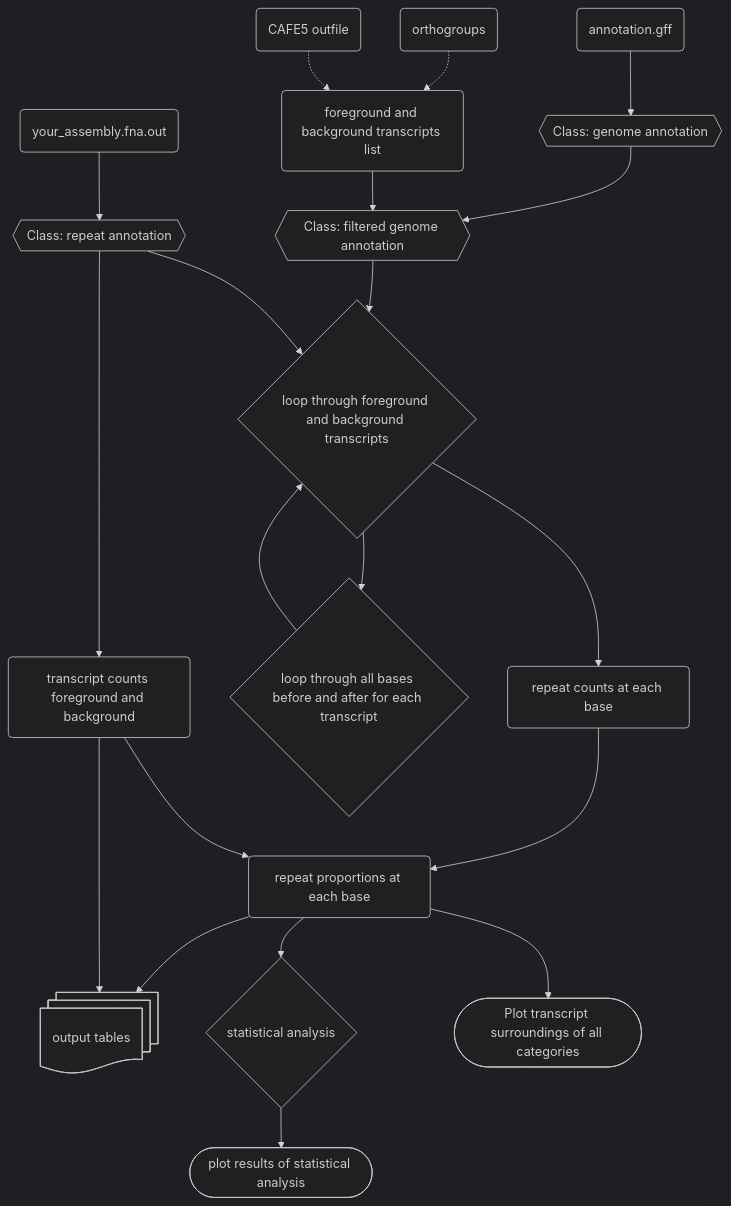
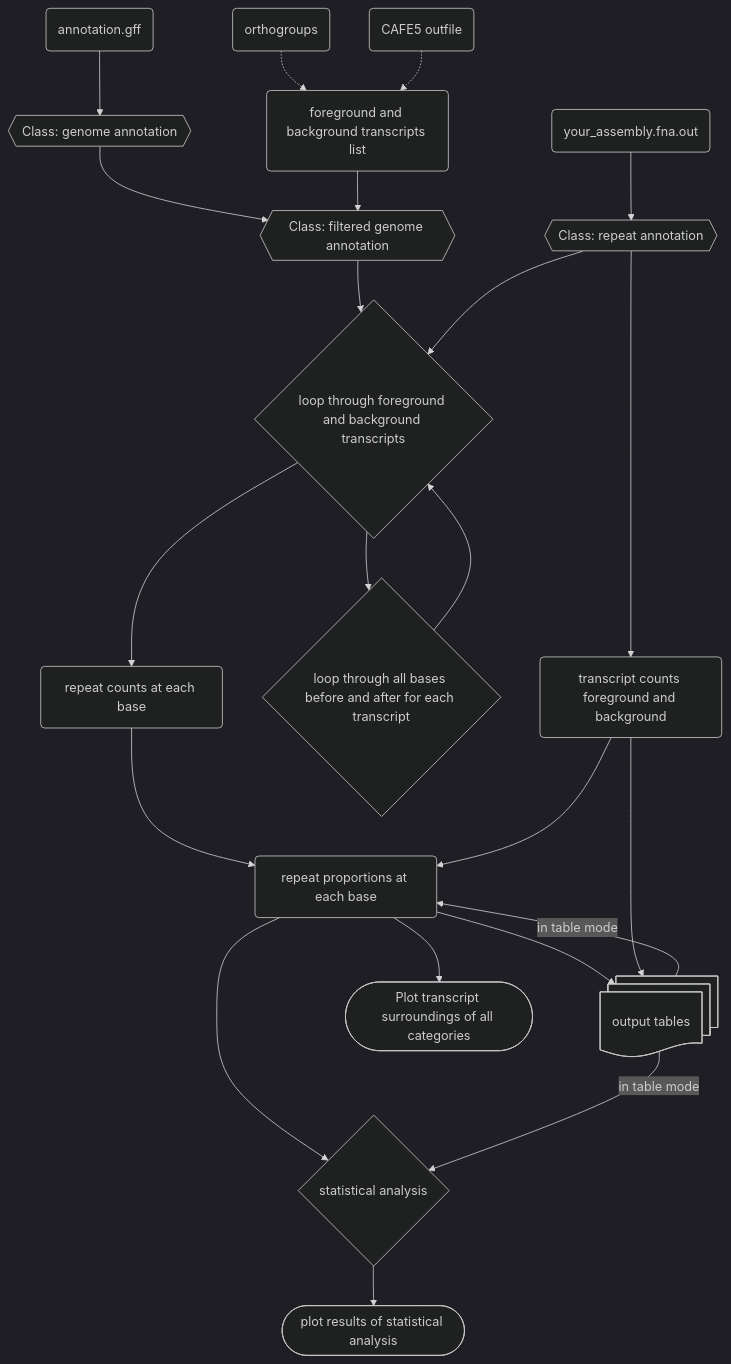
One commit to milena-t/ReVis changed the second of 2 diagrams in README.md. Above: the diagram before and after it, drawn with Mermaid (dark theme).

Commit message:
update mermaid

````diff
--- a/README.md
+++ b/README.md
@@ -271,36 +269,39 @@
 ```mermaid
 graph TD;
     infile_out(your_assembly.fna.out);
     infile_out --> rep_annot{{Class: repeat annotation}};
     rep_annot --> tr_count(transcript counts foreground and background);
 
     infile_annot(annotation.gff);
     infile_annot --> gene_annot{{Class: genome annotation}};
 
     OGs(orthogroups);
     CAFE(CAFE5 outfile);
 
     OGs -.-> tr_list(foreground and background transcripts list);
     CAFE -.-> tr_list
 
     gene_annot --> filt_gene_annot{{Class: filtered genome annotation}};
     tr_list --> filt_gene_annot
     
     filt_gene_annot --> loop_tr{loop through foreground and background transcripts};
     rep_annot --> loop_tr
     loop_bp{loop through all bases before and after for each transcript};
     loop_tr --> loop_bp
     loop_bp --> loop_tr
 
     loop_tr --> rep_counts(repeat counts at each base);
     rep_counts --> rep_prop(repeat proportions at each base);
     tr_count --> rep_prop
 
     rep_prop --> out_tab@{ shape: docs, label: "output tables" };
     tr_count --> out_tab
 
     rep_prop --> stats{statistical analysis};
     rep_prop --> plot_all([Plot transcript surroundings of all categories])
 
     stats --> stats_out([plot results of statistical analysis]) 
+
+    out_tab -- in table mode --> stats
+    out_tab -- in table mode --> rep_prop
 ```   
````
